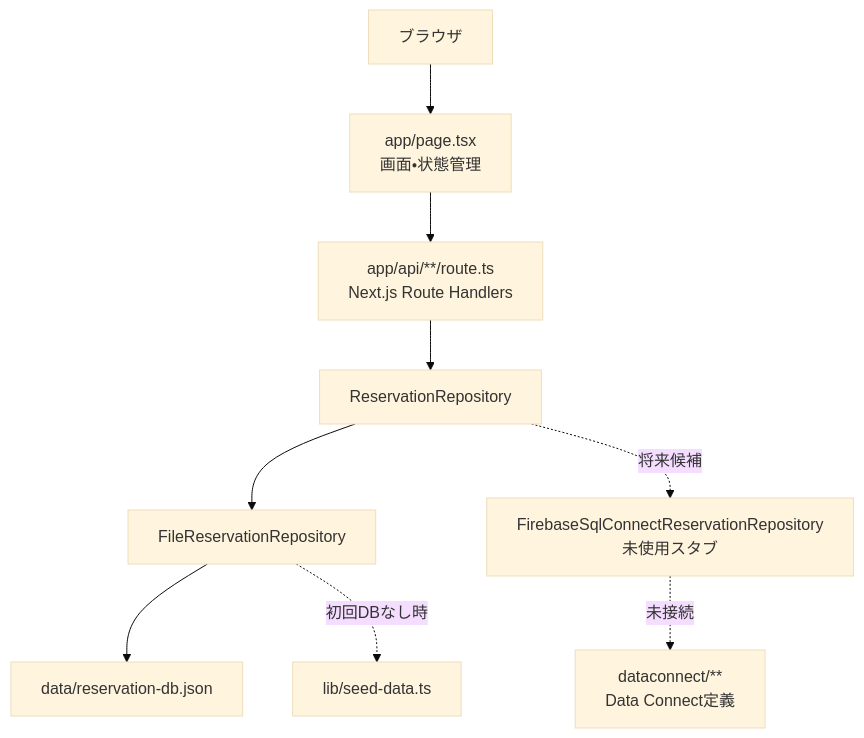
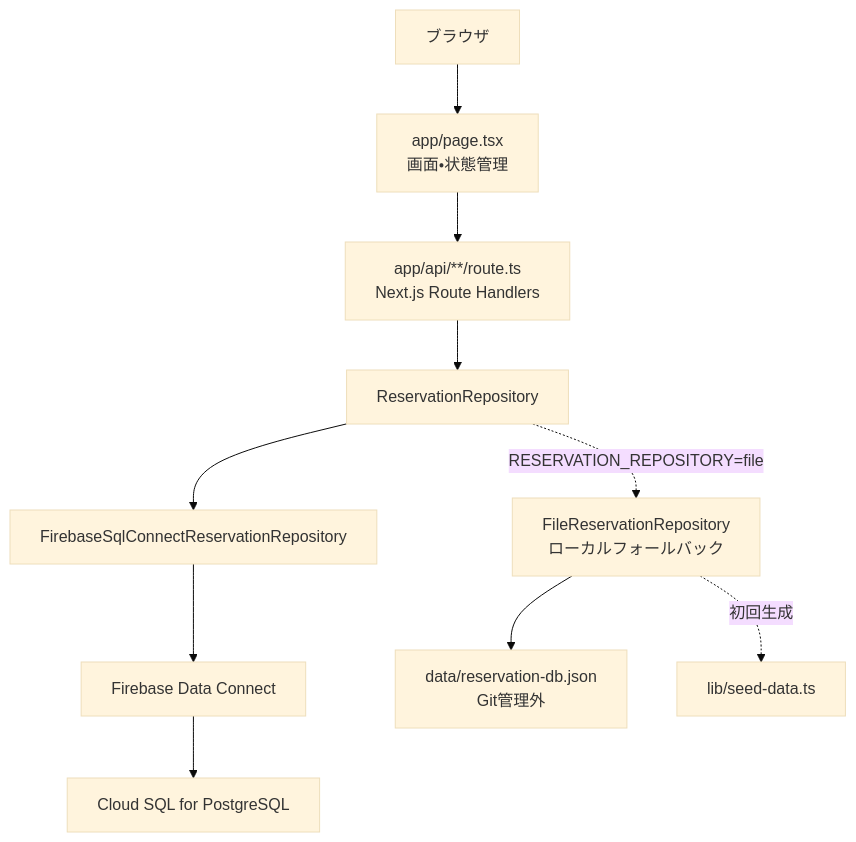
Before and after one commit to MichitaroNoge/reservation-system: the diagram in docs/03-system-architecture.md, drawn with Mermaid (base theme). The commit also changed other lines of this file and 42 other files, not shown here.

Commit message:
Move persistence to Firebase Data Connect

````diff
--- a/docs/03-system-architecture.md
+++ b/docs/03-system-architecture.md
@@ -7,21 +9,23 @@
 ```mermaid
 flowchart TD
   Browser["ブラウザ"]
   Page["app/page.tsx<br/>画面・状態管理"]
   Api["app/api/**/route.ts<br/>Next.js Route Handlers"]
-  RepoInterface["ReservationRepository"]
-  FileRepo["FileReservationRepository"]
-  JsonDb["data/reservation-db.json"]
+  Repo["ReservationRepository"]
+  DataConnectRepo["FirebaseSqlConnectReservationRepository"]
+  FileRepo["FileReservationRepository<br/>ローカルフォールバック"]
+  DataConnect["Firebase Data Connect"]
+  Postgres["Cloud SQL for PostgreSQL"]
+  JsonFile["data/reservation-db.json<br/>Git管理外"]
   Seed["lib/seed-data.ts"]
-  DataConnectSchema["dataconnect/**<br/>Data Connect定義"]
-  FirebaseStub["FirebaseSqlConnectReservationRepository<br/>未使用スタブ"]
 
   Browser --> Page
   Page --> Api
-  Api --> RepoInterface
-  RepoInterface --> FileRepo
-  FileRepo --> JsonDb
-  FileRepo -. 初回DBなし時 .-> Seed
-  RepoInterface -. 将来候補 .-> FirebaseStub
-  FirebaseStub -. 未接続 .-> DataConnectSchema
+  Api --> Repo
+  Repo --> DataConnectRepo
+  DataConnectRepo --> DataConnect
+  DataConnect --> Postgres
+  Repo -. RESERVATION_REPOSITORY=file .-> FileRepo
+  FileRepo -. 初回生成 .-> Seed
+  FileRepo --> JsonFile
 ```
````
